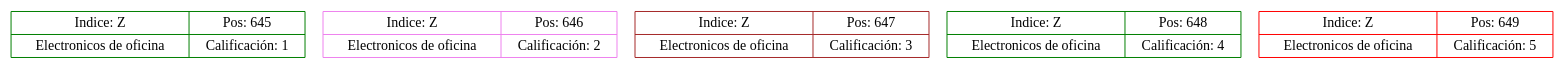
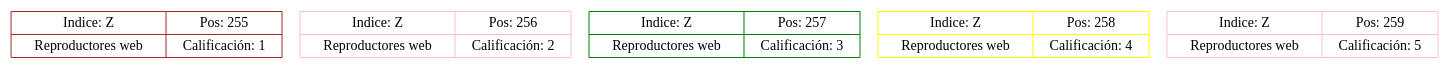
The diagram in cliente/src/VectorTiendas/Vector.dot (Daniel-Chicas/EDD_VirtualMall_201807079), drawn with Graphviz before and after one commit. The commit also changed 163 other files, not shown here.

```diff
--- a/cliente/src/VectorTiendas/Vector.dot
+++ b/cliente/src/VectorTiendas/Vector.dot
@@ -1,8 +1,8 @@
-digraph Daniel129{
+digraph Daniel51{
 node[shape=record];
-node645[color=green, fillcolor=yellow, label="{Indice: Z|Electronicos de oficina}|{Pos: 645|Calificación: 1}"];
-node646[color=violet, fillcolor=green, label="{Indice: Z|Electronicos de oficina}|{Pos: 646|Calificación: 2}"];
-node647[color=brown, fillcolor=orange, label="{Indice: Z|Electronicos de oficina}|{Pos: 647|Calificación: 3}"];
-node648[color=green, fillcolor=red, label="{Indice: Z|Electronicos de oficina}|{Pos: 648|Calificación: 4}"];
-node649[color=red, fillcolor=gray, label="{Indice: Z|Electronicos de oficina}|{Pos: 649|Calificación: 5}"];
+node255[color=brown, fillcolor=green, label="{Indice: Z|Reproductores web}|{Pos: 255|Calificación: 1}"];
+node256[color=pink, fillcolor=green, label="{Indice: Z|Reproductores web}|{Pos: 256|Calificación: 2}"];
+node257[color=green, fillcolor=brown, label="{Indice: Z|Reproductores web}|{Pos: 257|Calificación: 3}"];
+node258[color=yellow, fillcolor=pink, label="{Indice: Z|Reproductores web}|{Pos: 258|Calificación: 4}"];
+node259[color=pink, fillcolor=violet, label="{Indice: Z|Reproductores web}|{Pos: 259|Calificación: 5}"];
 }
```
